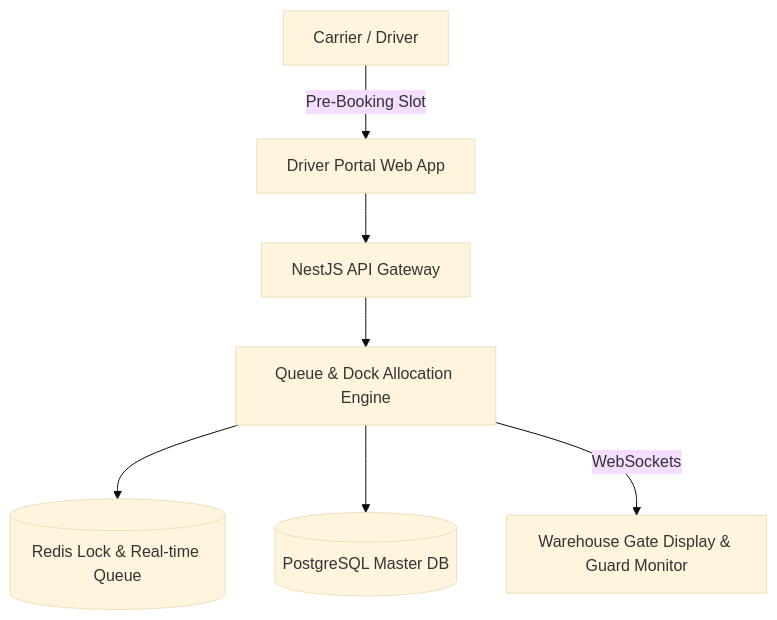
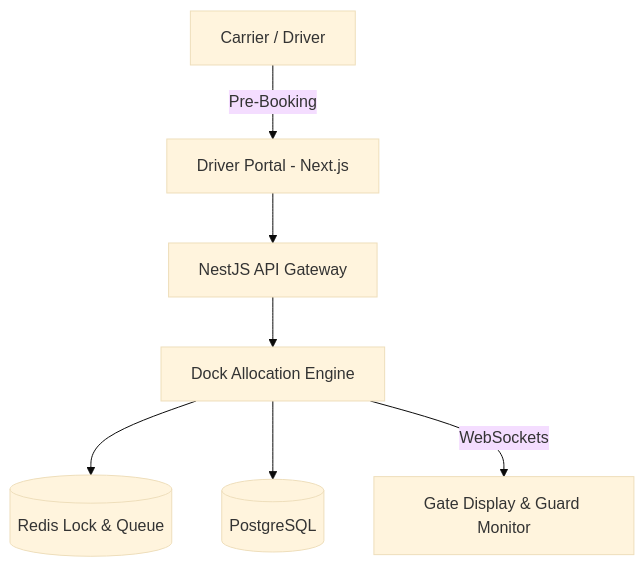
Before and after one commit to Ham144/Ham144: the second of 6 diagrams in README.md, drawn with Mermaid (base theme). The commit also changed other lines of this file and 14 other files, not shown here.

````diff
--- a/README.md
+++ b/README.md
@@ -92,9 +118,9 @@
 ```mermaid
 graph TD
-    Carrier[Carrier / Driver] -->|Pre-Booking Slot| Portal[Driver Portal Web App]
+    Carrier[Carrier / Driver] -->|Pre-Booking| Portal[Driver Portal - Next.js]
     Portal --> Gateway[NestJS API Gateway]
-    Gateway --> QueueEngine[Queue & Dock Allocation Engine]
-    QueueEngine --> RedisCache[(Redis Lock & Real-time Queue)]
-    QueueEngine --> DB[(PostgreSQL Master DB)]
-    QueueEngine -->|WebSockets| Display[Warehouse Gate Display & Guard Monitor]
+    Gateway --> QueueEngine[Dock Allocation Engine]
+    QueueEngine --> RedisCache[(Redis Lock & Queue)]
+    QueueEngine --> DB[(PostgreSQL)]
+    QueueEngine -->|WebSockets| Display[Gate Display & Guard Monitor]
 ```
````
